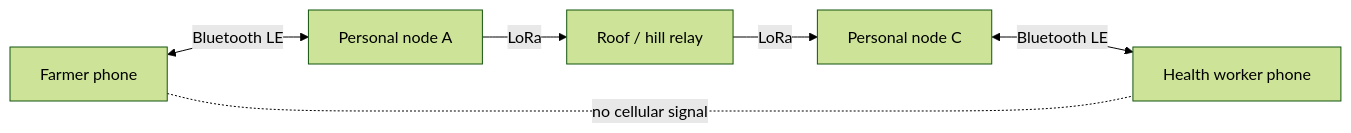
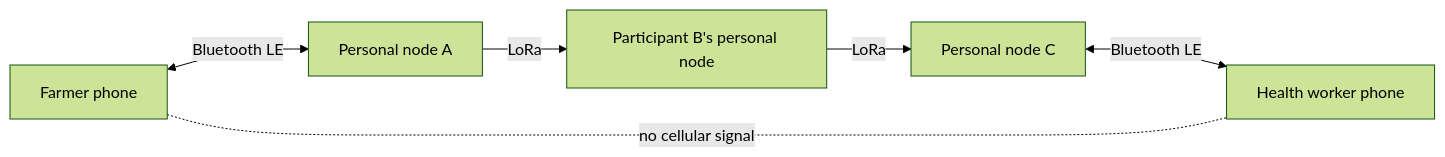
Before and after one commit to The-Usual-Idiots/LoRaResQ: the first of 6 diagrams in PLAN.md, drawn with Mermaid (forest theme). The commit also changed other lines of this file and 1 other file, not shown here.

Commit message:
Add initial VSCode settings and update project plan for clarity on node roles

````diff
--- a/PLAN.md
+++ b/PLAN.md
@@ -72,8 +72,8 @@
 ```mermaid
 flowchart LR
     A[Farmer phone] <-->|Bluetooth LE| AN[Personal node A]
-    AN -->|LoRa| R[Roof / hill relay]
+    AN -->|LoRa| R[Participant B's personal node]
     R -->|LoRa| CN[Personal node C]
     CN <-->|Bluetooth LE| C[Health worker phone]
     A -. no cellular signal .- C
 ```
````
